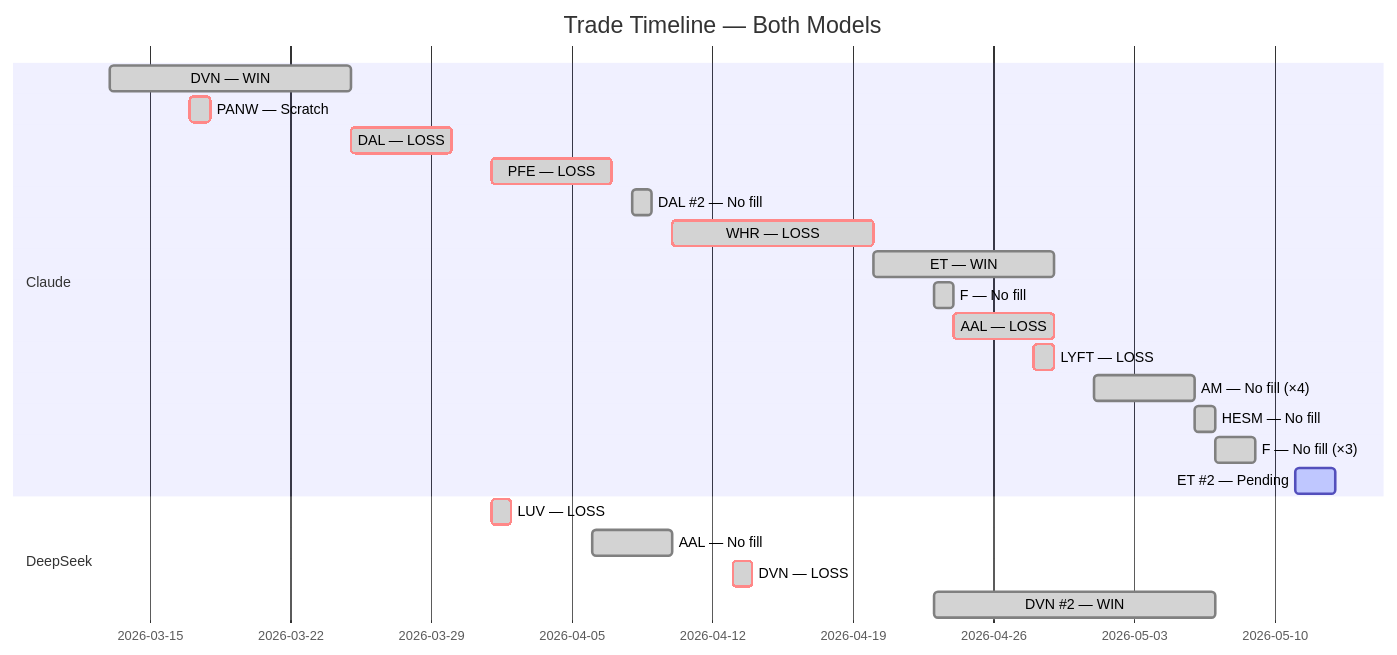
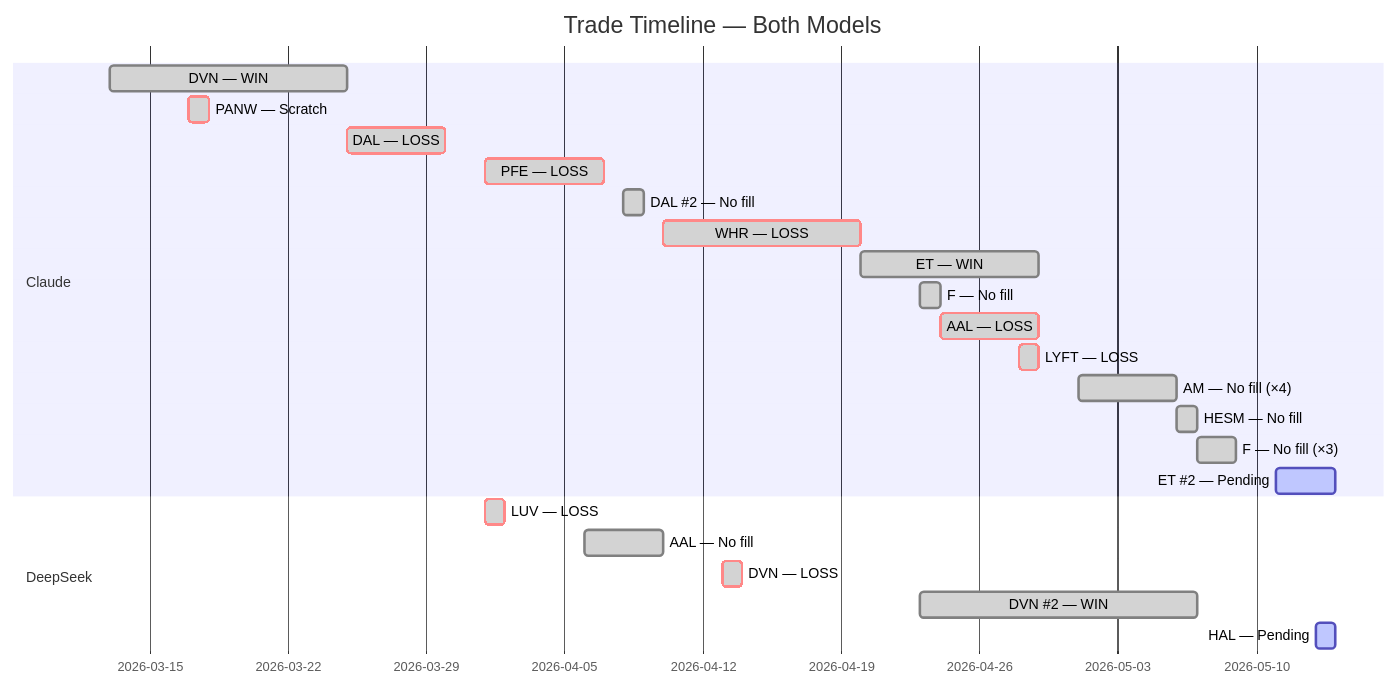
The fifth of 5 diagrams in README.md (zachisit/ai-auto-buy-thesis), drawn with Mermaid before and after one commit. The commit also changed other lines of this file and 2 other files, not shown here.

````diff
--- a/README.md
+++ b/README.md
@@ -63,25 +63,26 @@
 ```mermaid
 gantt
     title Trade Timeline — Both Models
     dateFormat YYYY-MM-DD
     section Claude
     DVN — WIN            :done,    2026-03-13, 2026-03-25
     PANW — Scratch       :crit, done, 2026-03-17, 2026-03-18
     DAL — LOSS           :crit, done, 2026-03-25, 2026-03-30
     PFE — LOSS           :crit, done, 2026-04-01, 2026-04-07
     DAL #2 — No fill     :done,    2026-04-08, 2026-04-09
     WHR — LOSS           :crit, done, 2026-04-10, 2026-04-20
     ET — WIN             :done,    2026-04-20, 2026-04-29
     F — No fill          :done,    2026-04-23, 2026-04-24
     AAL — LOSS           :crit, done, 2026-04-24, 2026-04-29
     LYFT — LOSS          :crit, done, 2026-04-28, 2026-04-29
     AM — No fill (×4)    :done,    2026-05-01, 2026-05-06
     HESM — No fill       :done,    2026-05-06, 2026-05-07
     F — No fill (×3)     :done,    2026-05-07, 2026-05-09
-    ET #2 — Pending      :active,  2026-05-11, 2026-05-13
+    ET #2 — Pending      :active,  2026-05-11, 2026-05-14
     section DeepSeek
     LUV — LOSS           :crit, done, 2026-04-01, 2026-04-02
     AAL — No fill        :done,    2026-04-06, 2026-04-10
     DVN — LOSS           :crit, done, 2026-04-13, 2026-04-14
     DVN #2 — WIN         :done,    2026-04-23, 2026-05-07
+    HAL — Pending        :active,  2026-05-13, 2026-05-14
 ```
````
